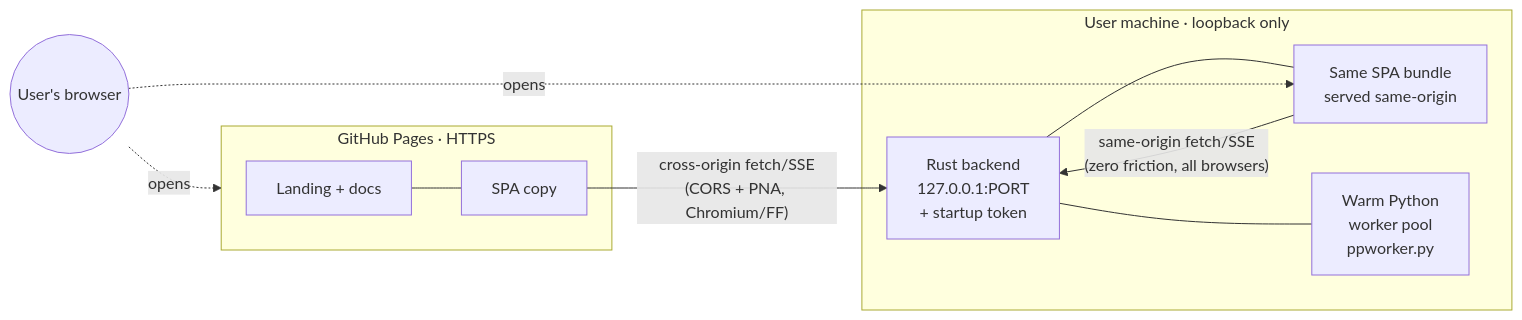
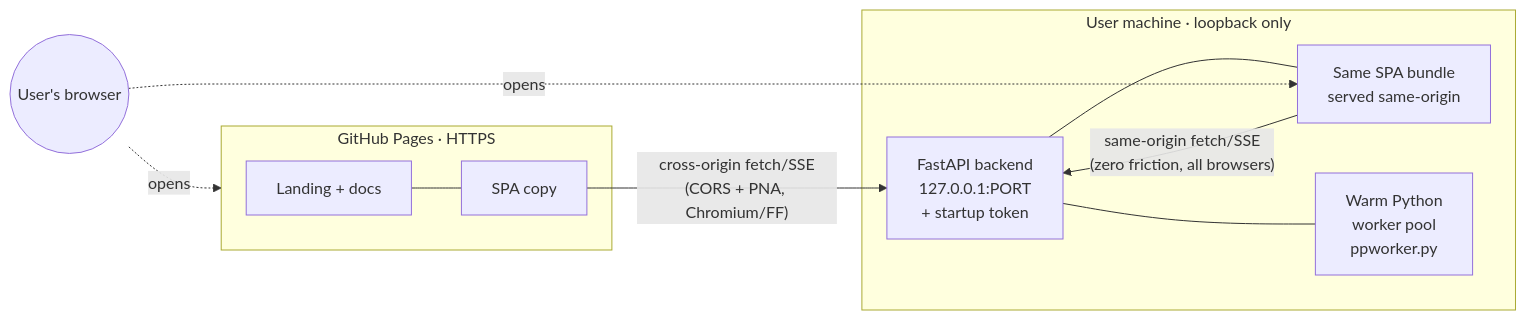
Before and after one commit to 9LiveZZZ-Git/MoonMelodies: the fifth of 5 diagrams in docs/spec/MoonMelodies_Spec_and_Refactor.md, drawn with Mermaid. The commit also changed other lines of this file, not shown here.

First line of the commit message:
docs(spec): pivot backend from Rust to all-Python (FastAPI)

````diff
--- a/docs/spec/MoonMelodies_Spec_and_Refactor.md
+++ b/docs/spec/MoonMelodies_Spec_and_Refactor.md
@@ -1413,14 +1393,14 @@
 ```mermaid
 flowchart LR
   subgraph GH[GitHub Pages · HTTPS]
     L[Landing + docs] --- S1[SPA copy]
   end
   subgraph Local[User machine · loopback only]
-    R[Rust backend<br/>127.0.0.1:PORT<br/>+ startup token] --- S2[Same SPA bundle<br/>served same-origin]
+    R[FastAPI backend<br/>127.0.0.1:PORT<br/>+ startup token] --- S2[Same SPA bundle<br/>served same-origin]
     R --- W[Warm Python<br/>worker pool<br/>ppworker.py]
   end
   S1 -- "cross-origin fetch/SSE<br/>(CORS + PNA, Chromium/FF)" --> R
   S2 -- "same-origin fetch/SSE<br/>(zero friction, all browsers)" --> R
   Browser((User's browser)) -.opens.-> GH
   Browser -.opens.-> S2
 ```
````
